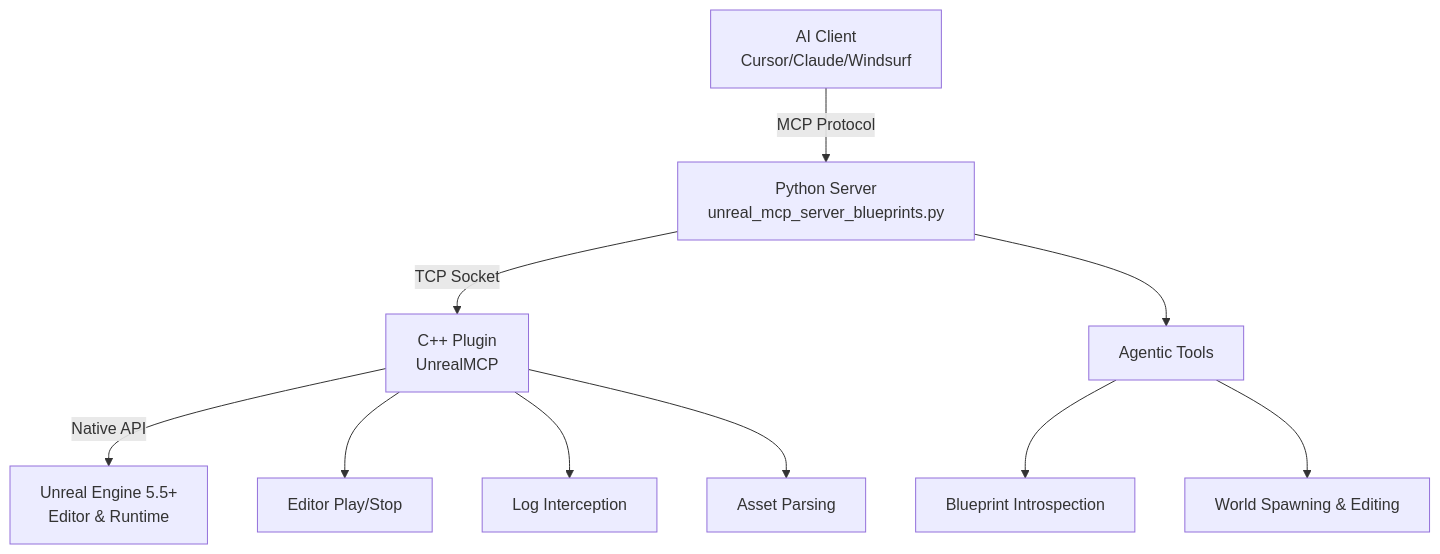
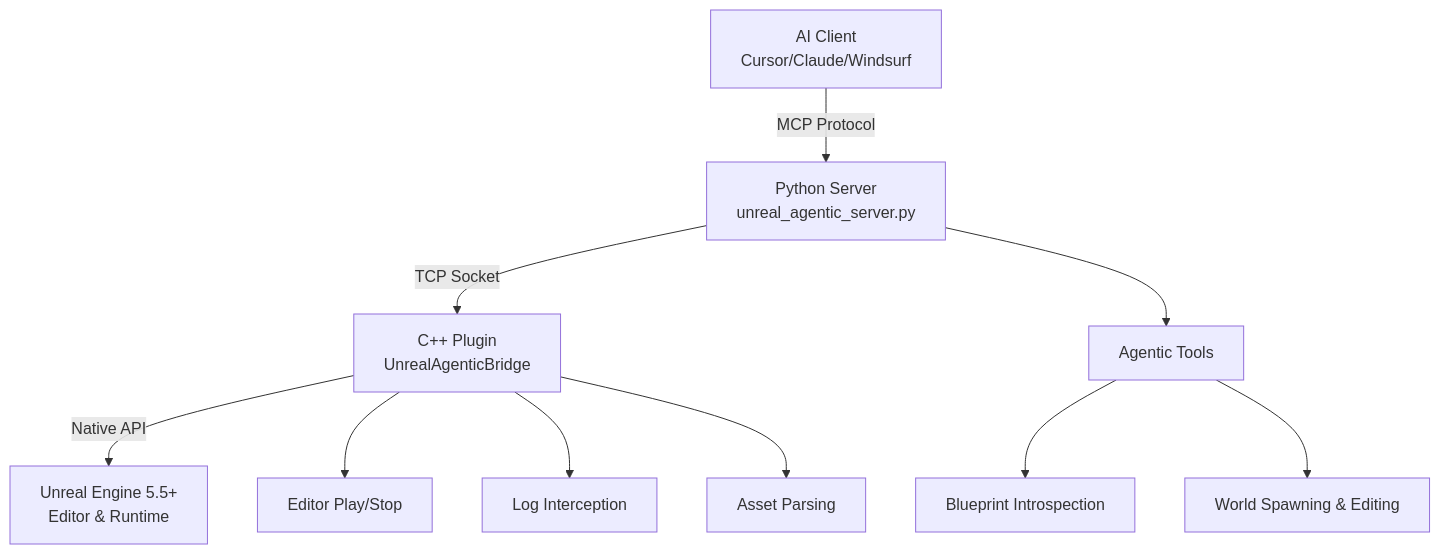
The diagram in README.md (oprincipe/unreal-agentic-engine), drawn with Mermaid before and after one commit. The commit also changed other lines of this file and 88 other files, not shown here.

Commit message:
feat: complete massive codebase refactoring to UnrealAgenticBridge

````diff
--- a/README.md
+++ b/README.md
@@ -133,14 +133,14 @@
 ```mermaid
 graph TB
-    A[AI Client<br/>Cursor/Claude/Windsurf] -->|MCP Protocol| B[Python Server<br/>unreal_mcp_server_blueprints.py]
-    B -->|TCP Socket| C[C++ Plugin<br/>UnrealMCP]
+    A[AI Client<br/>Cursor/Claude/Windsurf] -->|MCP Protocol| B[Python Server<br/>unreal_agentic_server.py]
+    B -->|TCP Socket| C[C++ Plugin<br/>UnrealAgenticBridge]
     C -->|Native API| D[Unreal Engine 5.5+<br/>Editor & Runtime]
     
     B --> E[Agentic Tools]
     E --> F[Blueprint Introspection]
     E --> G[World Spawning & Editing]  
     
     C --> I[Editor Play/Stop]
     C --> J[Log Interception]
     C --> K[Asset Parsing]
 ```
````
